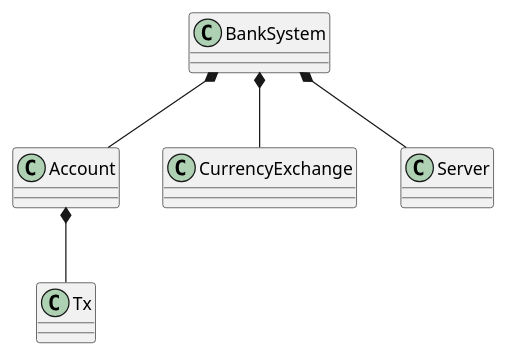
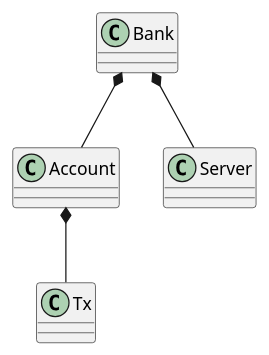
The diagram in report.md (Avantika019-sys/APK-Bank-system), drawn with PlantUML before and after one commit. The commit also changed other lines of this file, not shown here.

````diff
--- a/report.md
+++ b/report.md
@@ -54,8 +50,8 @@
 ```puml
 @startuml
-BankSystem *-- Account
-BankSystem *-- CurrencyExchange
-BankSystem *-- Server
+Bank *-- Account
+Bank *-- Server
+
 Account *-- Tx
 @enduml
 ```
````
